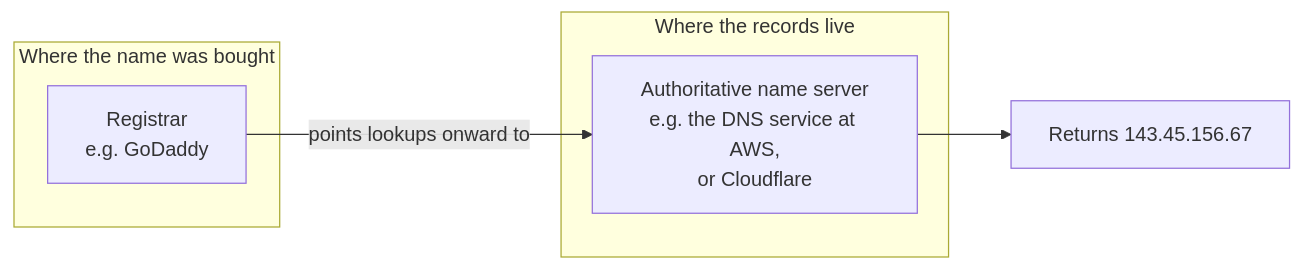
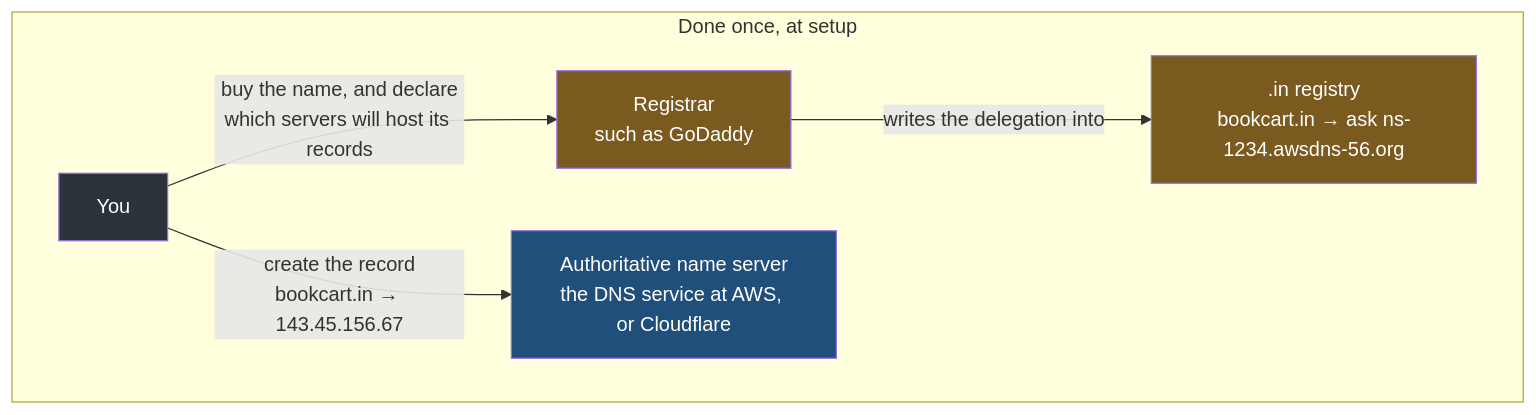
One commit to Dummy-Bug/system-design-handbook changed the fifth of 6 diagrams in Devops/04-Networking/04-DNS-Resolution.md. Above: the diagram before and after it, drawn with Mermaid. The commit also changed other lines of this file and 53 other files, not shown here.

````diff
--- a/Devops/04-Networking/04-DNS-Resolution.md
+++ b/Devops/04-Networking/04-DNS-Resolution.md
@@ -120,11 +151,12 @@
 ```mermaid
-flowchart LR
-    subgraph BUY["Where the name was bought"]
-        REG["Registrar<br/>e.g. GoDaddy"]
+flowchart TD
+    subgraph SETUP["Done once, at setup"]
+        YOU["You"] -->|"buy the name, and declare<br/>which servers will host its records"| REG["Registrar<br/>such as GoDaddy"]
+        REG -->|"writes the delegation into"| TLD[".in registry<br/>bookcart.in → ask ns-1234.awsdns-56.org"]
+        YOU -->|"create the record<br/>bookcart.in → 143.45.156.67"| AUTH["Authoritative name server<br/>the DNS service at AWS, or Cloudflare"]
     end
-    subgraph HOST["Where the records live"]
-        AUTH["Authoritative name server<br/>e.g. the DNS service at AWS,<br/>or Cloudflare"]
-    end
-    REG -->|"points lookups onward to"| AUTH
-    AUTH --> ANS["Returns 143.45.156.67"]
+    style YOU fill:#2d333b,color:#fff
+    style REG fill:#7a5a1f,color:#fff
+    style TLD fill:#7a5a1f,color:#fff
+    style AUTH fill:#1f4f7a,color:#fff
 ```
````
